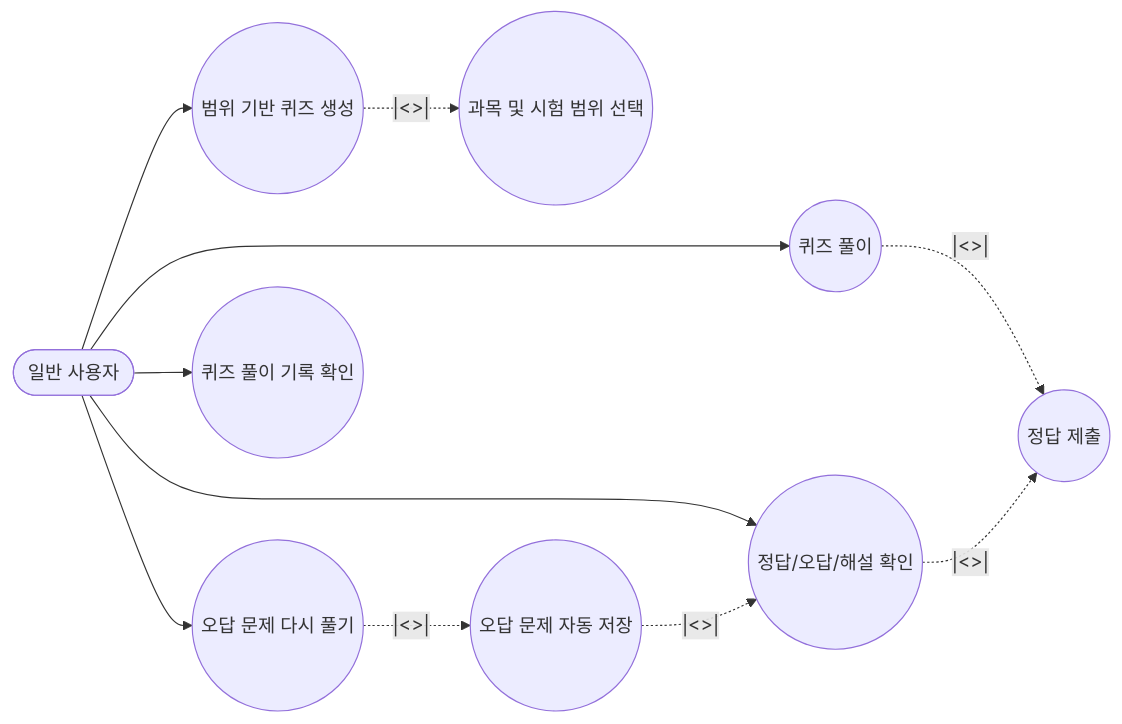
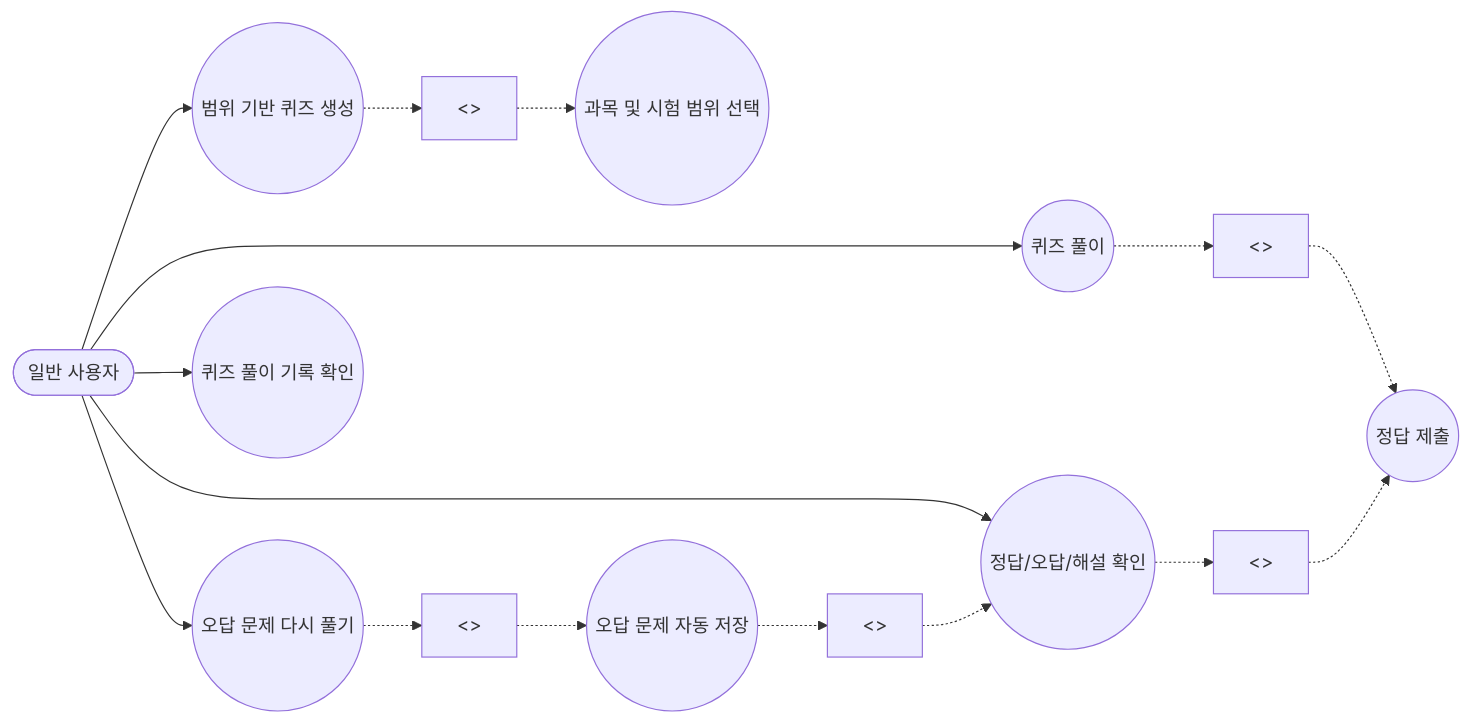
The diagram in docs/M2/UML 다이어그램.md (meaterick/sw-words), drawn with Mermaid before and after one commit. The commit also changed other lines of this file, not shown here.

Commit message:
Refactor UML diagram relationships for clarity

````diff
--- a/docs/M2/UML 다이어그램.md
+++ b/docs/M2/UML 다이어그램.md
@@ -19,28 +19,35 @@
 ```mermaid
 flowchart LR
     User([일반 사용자])
 
     UC1((과목 및 시험 범위 선택))
     UC2((범위 기반 퀴즈 생성))
     UC3((퀴즈 풀이))
     UC4((정답 제출))
     UC5((정답/오답/해설 확인))
     UC6((오답 문제 자동 저장))
     UC7((오답 문제 다시 풀기))
     UC8((퀴즈 풀이 기록 확인))
 
+    INC1[<<include>>]
+    INC2[<<include>>]
+    INC3[<<include>>]
+
+    EXT1[<<extend>>]
+    EXT2[<<extend>>]
+
     User --> UC2
     User --> UC3
     User --> UC5
     User --> UC7
     User --> UC8
 
     %% include 관계
-    UC2 -. |<<include>>| .-> UC1
-    UC3 -. |<<include>>| .-> UC4
-    UC5 -. |<<include>>| .-> UC4
+    UC2 -.-> INC1 -.-> UC1
+    UC3 -.-> INC2 -.-> UC4
+    UC5 -.-> INC3 -.-> UC4
 
     %% extend 관계
-    UC6 -. |<<extend>>| .-> UC5
-    UC7 -. |<<extend>>| .-> UC6
+    UC6 -.-> EXT1 -.-> UC5
+    UC7 -.-> EXT2 -.-> UC6
 ```
````
